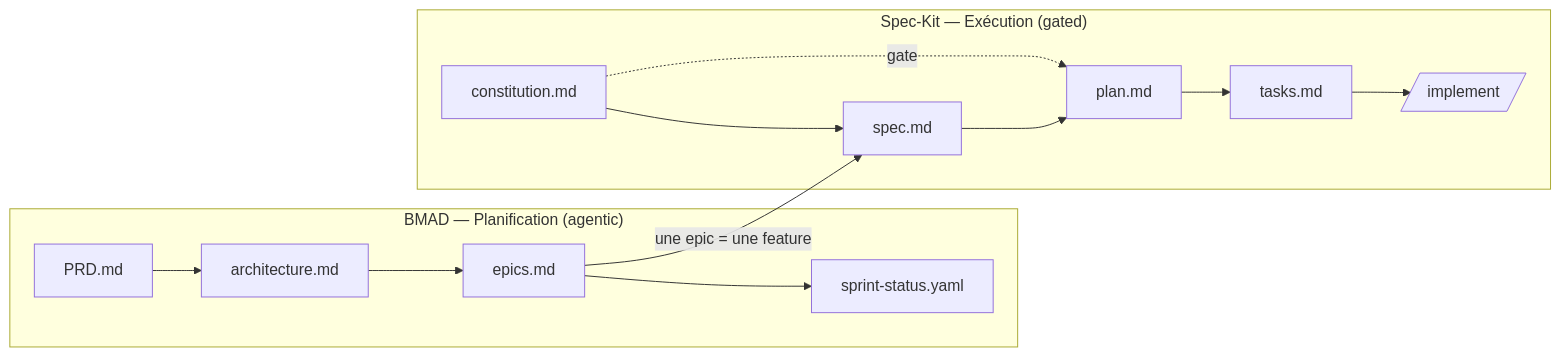
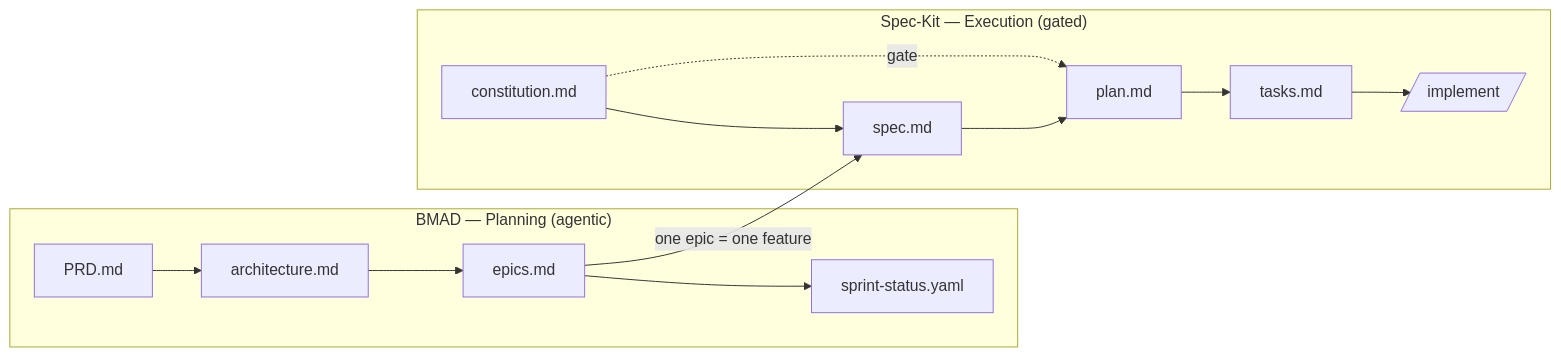
One commit to K4M1coder/heddle changed the diagram in docs/METHODOLOGY.md. Above: the diagram before and after it, drawn with Mermaid. The commit also changed other lines of this file and 11 other files, not shown here.

````diff
--- a/docs/METHODOLOGY.md
+++ b/docs/METHODOLOGY.md
@@ -7,11 +7,11 @@
 ```mermaid
 graph LR
-  subgraph BMAD["BMAD — Planification (agentic)"]
+  subgraph BMAD["BMAD — Planning (agentic)"]
     PRD[PRD.md] --> ARCH[architecture.md] --> EP[epics.md] --> SS[sprint-status.yaml]
   end
-  subgraph SK["Spec-Kit — Exécution (gated)"]
+  subgraph SK["Spec-Kit — Execution (gated)"]
     CONST[constitution.md] --> SPEC[spec.md] --> PLAN[plan.md] --> TASKS[tasks.md] --> IMPL[/implement/]
   end
-  EP -->|une epic = une feature| SPEC
+  EP -->|one epic = one feature| SPEC
   CONST -.gate.-> PLAN
 ```
````
